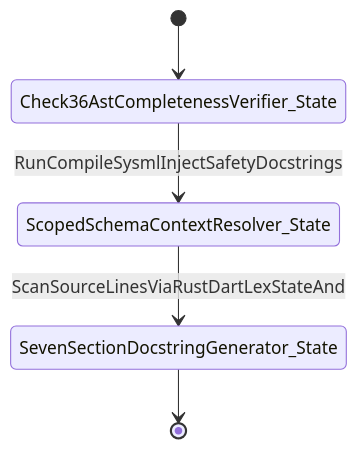
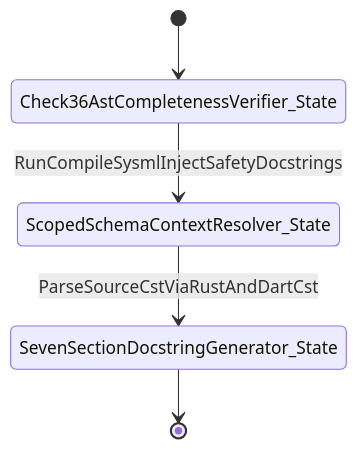
Before and after one commit to gintatkinson/DEAP01-spec-core: the second of 2 diagrams in .pipeline/upstream/docs/epics/EPIC-05-BP_05_Unified_AST_Safety_Docstring_Synthesizer_and_Check_36_Verification_Blueprint.md, drawn with Mermaid. The commit also changed other lines of this file and 196 other files, not shown here.

````diff
--- a/.pipeline/upstream/docs/epics/EPIC-05-BP_05_Unified_AST_Safety_Docstring_Synthesizer_and_Check_36_Verification_Blueprint.md
+++ b/.pipeline/upstream/docs/epics/EPIC-05-BP_05_Unified_AST_Safety_Docstring_Synthesizer_and_Check_36_Verification_Blueprint.md
@@ -84,7 +84,7 @@
 ```mermaid
 stateDiagram-v2
     [*] --> Check36AstCompletenessVerifier_State
     Check36AstCompletenessVerifier_State --> ScopedSchemaContextResolver_State : RunCompileSysmlInjectSafetyDocstrings
-    ScopedSchemaContextResolver_State --> SevenSectionDocstringGenerator_State : ScanSourceLinesViaRustDartLexStateAnd
+    ScopedSchemaContextResolver_State --> SevenSectionDocstringGenerator_State : ParseSourceCstViaRustAndDartCst
     SevenSectionDocstringGenerator_State --> [*]
 ```
````
